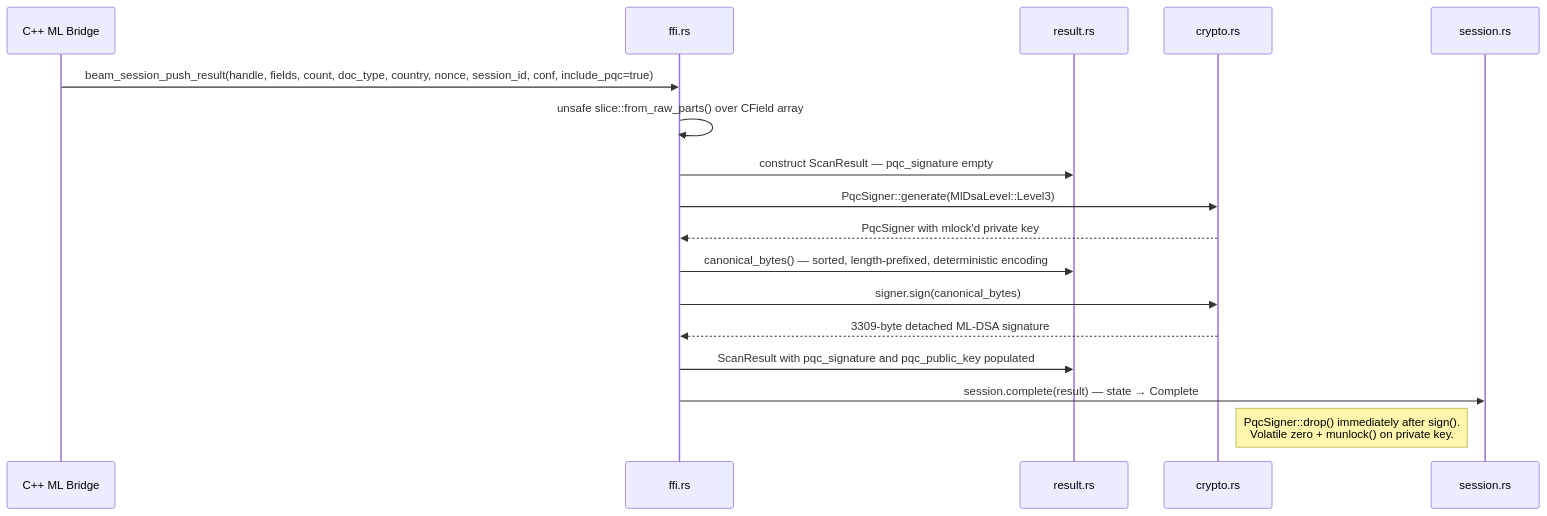
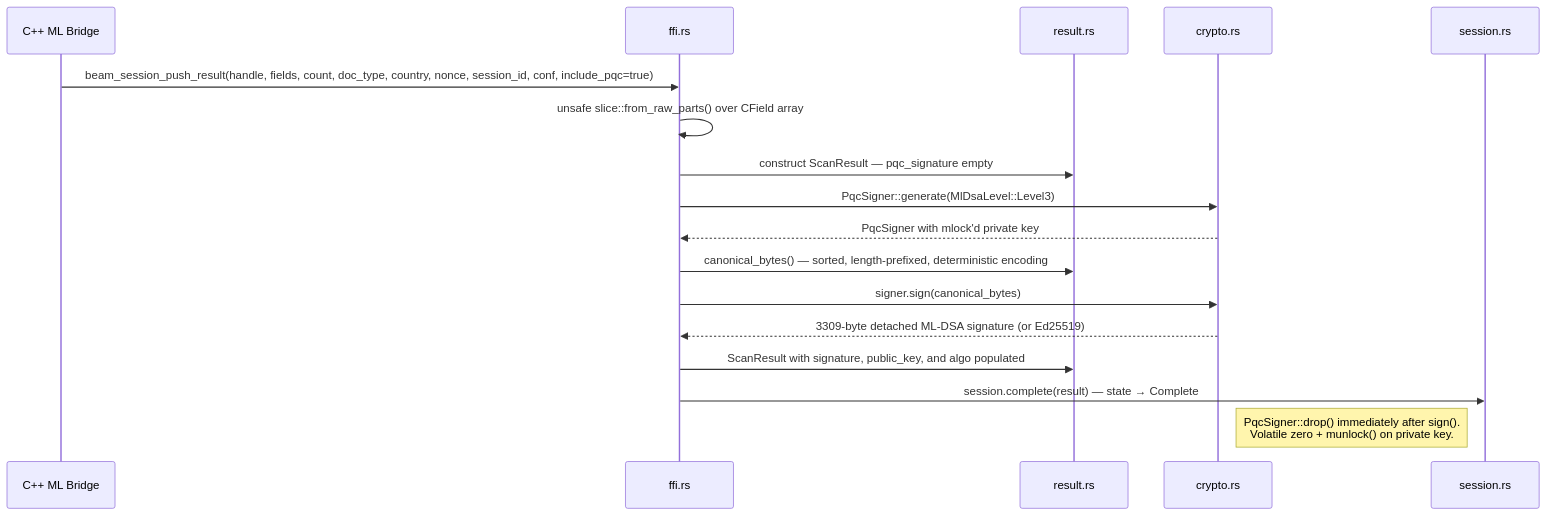
Before and after one commit to NeoOne601/beam-sdk: the ninth of 11 diagrams in README.md, drawn with Mermaid. The commit also changed other lines of this file, not shown here.

Commit message:
docs: update architecture diagrams and document ADR-001 Crypto Agility Registry

````diff
--- a/README.md
+++ b/README.md
@@ -371,20 +370,20 @@
 ```mermaid
 sequenceDiagram
     participant CPP as C++ ML Bridge
     participant FFI as ffi.rs
     participant RES as result.rs
     participant CRYPTO as crypto.rs
     participant SESSION as session.rs
 
     CPP->>FFI: beam_session_push_result(handle, fields, count, doc_type, country, nonce, session_id, conf, include_pqc=true)
     FFI->>FFI: unsafe slice::from_raw_parts() over CField array
     FFI->>RES: construct ScanResult — pqc_signature empty
     FFI->>CRYPTO: PqcSigner::generate(MlDsaLevel::Level3)
     CRYPTO-->>FFI: PqcSigner with mlock'd private key
     FFI->>RES: canonical_bytes() — sorted, length-prefixed, deterministic encoding
     FFI->>CRYPTO: signer.sign(canonical_bytes)
-    CRYPTO-->>FFI: 3309-byte detached ML-DSA signature
-    FFI->>RES: ScanResult with pqc_signature and pqc_public_key populated
+    CRYPTO-->>FFI: 3309-byte detached ML-DSA signature (or Ed25519)
+    FFI->>RES: ScanResult with signature, public_key, and algo populated
     FFI->>SESSION: session.complete(result) — state → Complete
     Note right of CRYPTO: PqcSigner::drop() immediately after sign().<br/>Volatile zero + munlock() on private key.
 ```
````
